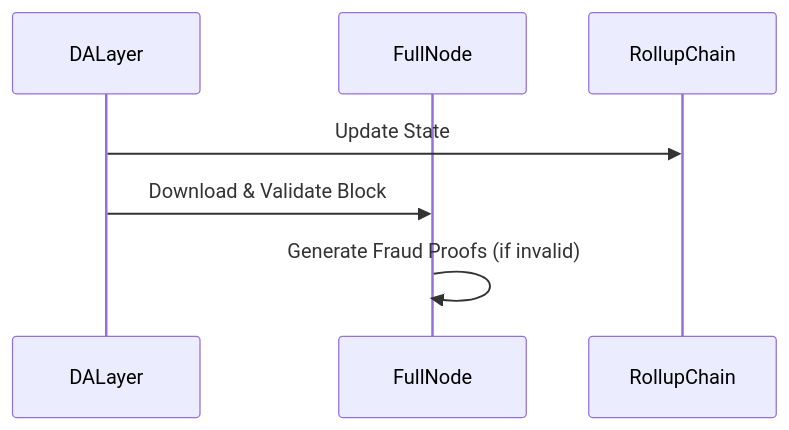
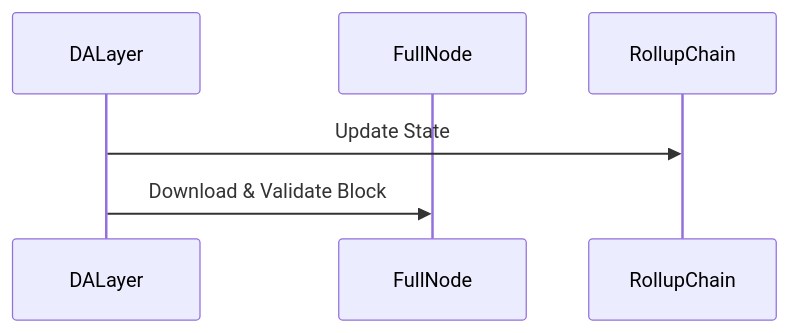
One commit to rollkit/docs changed the third of 3 diagrams in learn/transaction-flow.md. Above: the diagram before and after it, drawn with Mermaid. The commit also changed other lines of this file, not shown here.

Commit message:
removed fraud proof diagram

````diff
--- a/learn/transaction-flow.md
+++ b/learn/transaction-flow.md
@@ -43,10 +39,9 @@
 ```mermaid
 sequenceDiagram
     participant DALayer
     participant FullNode
     participant RollupChain
 
     DALayer->>RollupChain: Update State
     DALayer->>FullNode: Download & Validate Block
-    FullNode->>FullNode: Generate Fraud Proofs (if invalid)
 ```
````
